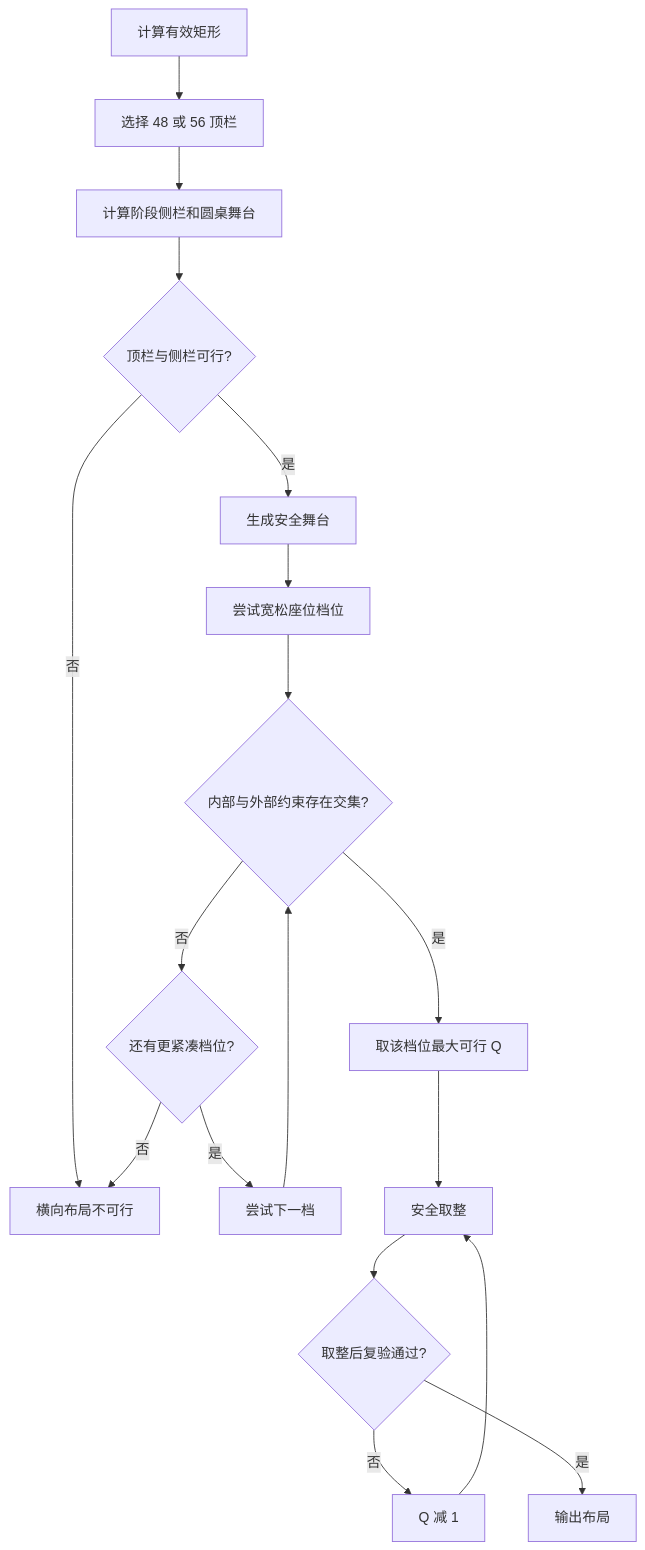
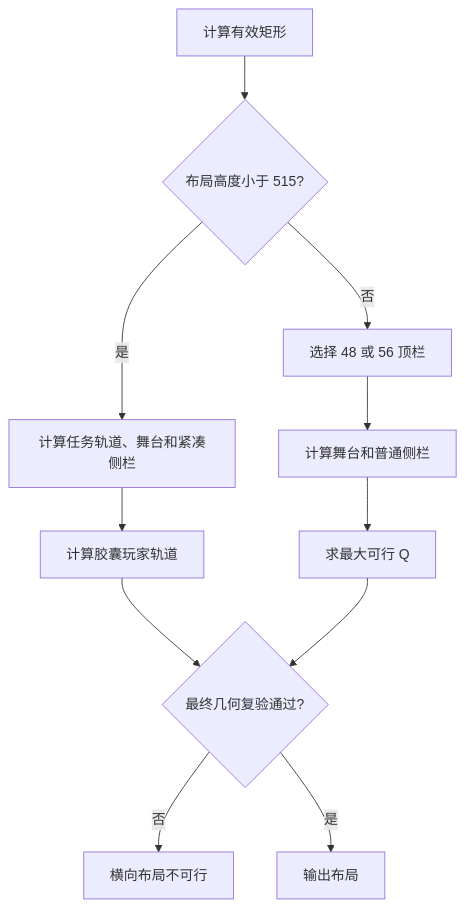
One commit to gene9831/avalon-boardgame changed the diagram in docs/ui-layout/horizontal-layout.md. Above: the diagram before and after it, drawn with Mermaid. The commit also changed other lines of this file and 3 other files, not shown here.

````diff
--- a/docs/ui-layout/horizontal-layout.md
+++ b/docs/ui-layout/horizontal-layout.md
@@ -409,20 +534,13 @@
 ```mermaid
 flowchart TD
-    A[计算有效矩形] --> B[选择 48 或 56 顶栏]
-    B --> C[计算阶段侧栏和圆桌舞台]
-    C --> D{顶栏与侧栏可行?}
-    D -- 否 --> X[横向布局不可行]
-    D -- 是 --> E[生成安全舞台]
-    E --> F[尝试宽松座位档位]
-    F --> G{内部与外部约束存在交集?}
-    G -- 是 --> H[取该档位最大可行 Q]
-    G -- 否 --> I{还有更紧凑档位?}
-    I -- 是 --> J[尝试下一档]
-    J --> G
-    I -- 否 --> X
-    H --> K[安全取整]
-    K --> L{取整后复验通过?}
-    L -- 否 --> M[Q 减 1]
-    M --> K
-    L -- 是 --> N[输出布局]
+    A[计算有效矩形] --> B{布局高度小于 515?}
+    B -- 是 --> C[计算任务轨道、舞台和紧凑侧栏]
+    C --> D[计算胶囊玩家轨道]
+    B -- 否 --> E[选择 48 或 56 顶栏]
+    E --> F[计算舞台和普通侧栏]
+    F --> G[求最大可行 Q]
+    D --> H{最终几何复验通过?}
+    G --> H
+    H -- 否 --> X[横向布局不可行]
+    H -- 是 --> Y[输出布局]
 ```
````
